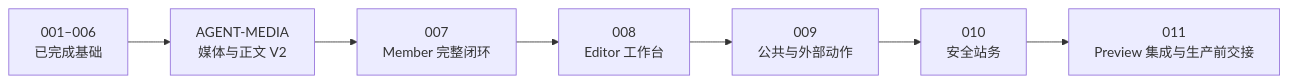
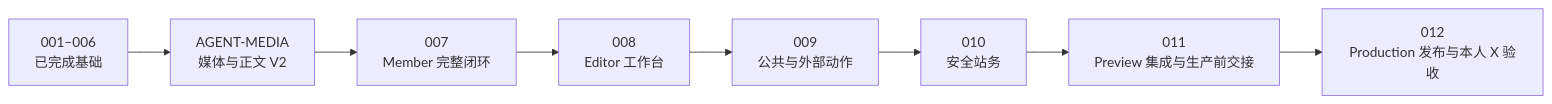
Before and after one commit to lonelyreader/chinaknowledge: the diagram in docs/roadmap/agent-workspace-program.md, drawn with Mermaid. The commit also changed other lines of this file and 3 other files, not shown here.

````diff
--- a/docs/roadmap/agent-workspace-program.md
+++ b/docs/roadmap/agent-workspace-program.md
@@ -73,9 +73,10 @@
 ```mermaid
 flowchart LR
     B["001–006<br/>已完成基础"] --> M["AGENT-MEDIA<br/>媒体与正文 V2"]
     M --> C["007<br/>Member 完整闭环"]
     C --> E1["008<br/>Editor 工作台"]
     E1 --> E2["009<br/>公共与外部动作"]
     E2 --> A["010<br/>安全站务"]
     A --> R["011<br/>Preview 集成与生产前交接"]
+    R --> P["012<br/>Production 发布与本人 X 验收"]
 ```
````
